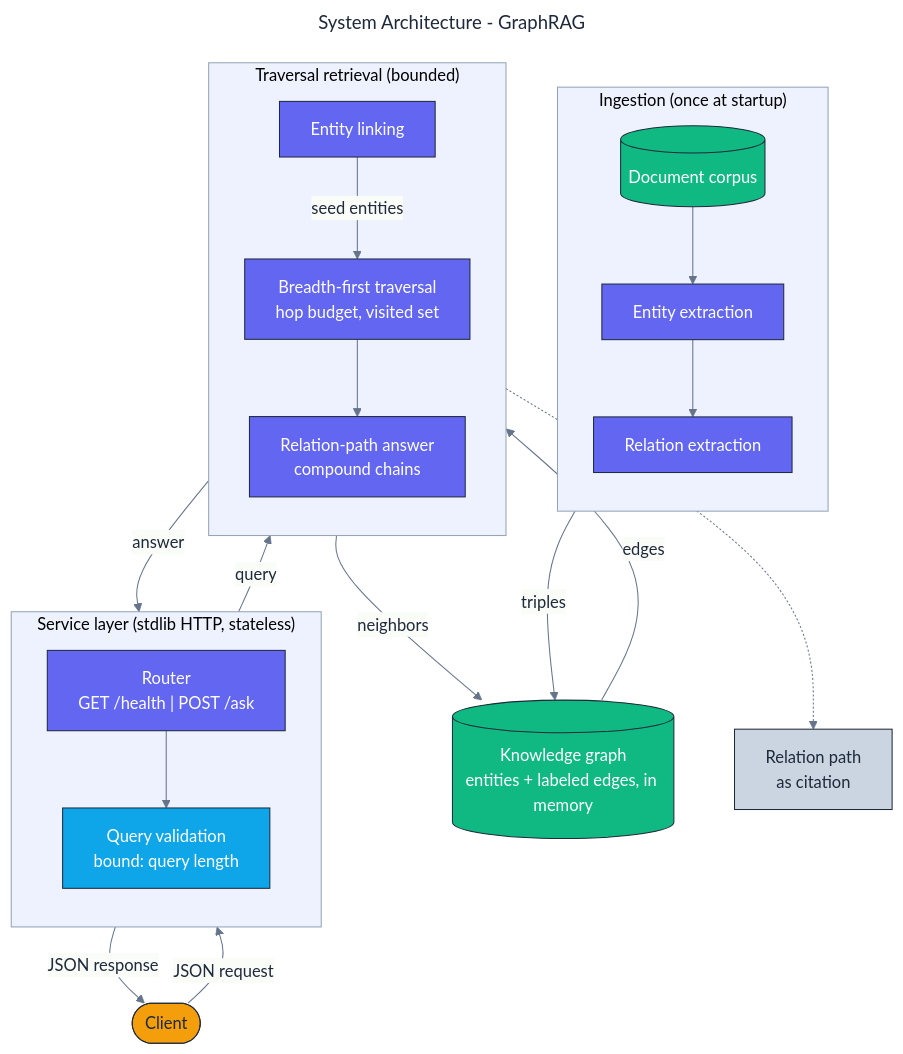
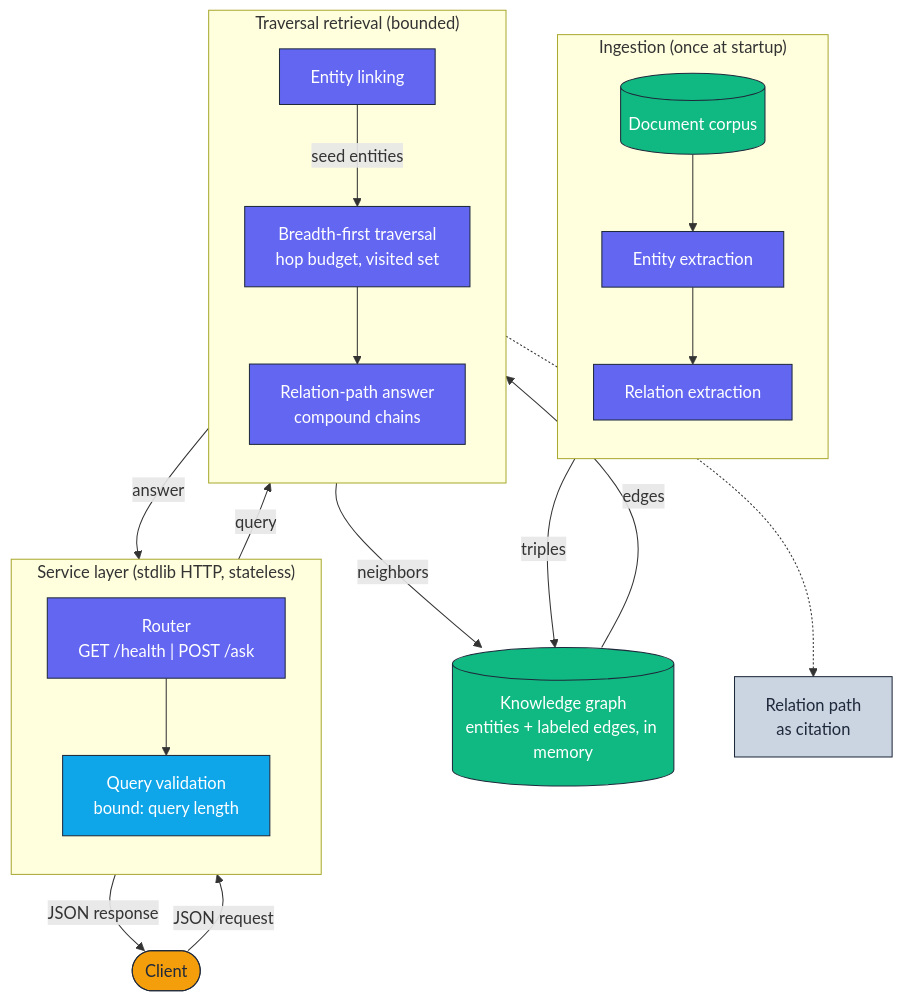
Before and after one commit to adeoluo/graphrag: the diagram in docs/architecture/architecture.mmd, drawn with Mermaid. The commit also changed 8 other files, not shown here.

```diff
--- a/docs/architecture/architecture.mmd
+++ b/docs/architecture/architecture.mmd
@@ -1,54 +1,41 @@
----
-title: System Architecture - GraphRAG
-config:
-  theme: base
-  themeVariables:
-    fontFamily: "Inter, system-ui, sans-serif"
-    primaryColor: "#F8FAFC"
-    primaryBorderColor: "#1E293B"
-    primaryTextColor: "#1E293B"
-    lineColor: "#64748B"
-    clusterBkg: "#EEF2FF"
-    clusterBorder: "#94A3B8"
----
-flowchart TB
+flowchart TD
     classDef edge     fill:#F59E0B,stroke:#1E293B,color:#1E293B,stroke-width:1px;
     classDef core     fill:#6366F1,stroke:#1E293B,color:#ffffff,stroke-width:1px;
     classDef data     fill:#10B981,stroke:#1E293B,color:#ffffff,stroke-width:1px;
     classDef control  fill:#0EA5E9,stroke:#1E293B,color:#ffffff,stroke-width:1px;
     classDef obs      fill:#CBD5E1,stroke:#1E293B,color:#1E293B,stroke-width:1px;
 
     Client([Client]):::edge
 
     subgraph Ingest["Ingestion (once at startup)"]
         direction TB
         Docs[(Document corpus)]:::data
         Entities[Entity extraction]:::core
         Relations[Relation extraction]:::core
     end
 
     subgraph Edge["Service layer (stdlib HTTP, stateless)"]
         direction TB
         Router["Router<br/>GET /health | POST /ask"]:::core
         Validate["Query validation<br/>bound: query length"]:::control
     end
 
     subgraph Retrieve["Traversal retrieval (bounded)"]
         direction TB
         Link[Entity linking]:::core
         BFS["Breadth-first traversal<br/>hop budget, visited set"]:::core
         PathRead["Relation-path answer<br/>compound chains"]:::core
     end
 
     Graph[(Knowledge graph<br/>entities + labeled edges, in memory)]:::data
     Trace["Relation path<br/>as citation"]:::obs
 
     Docs --> Entities --> Relations -->|triples| Graph
     Client -->|JSON request| Router --> Validate
     Validate -->|query| Link
     Link -->|seed entities| BFS
     BFS -->|neighbors| Graph
     Graph -->|edges| BFS
     BFS --> PathRead
     PathRead -->|answer| Router -->|JSON response| Client
     PathRead -.-> Trace
```
